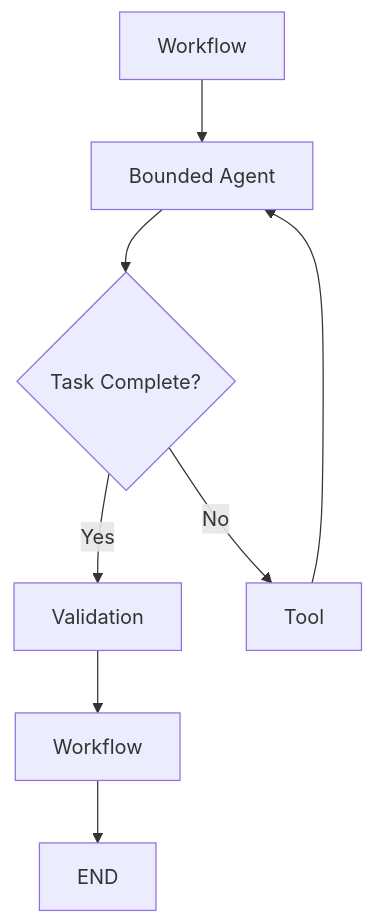
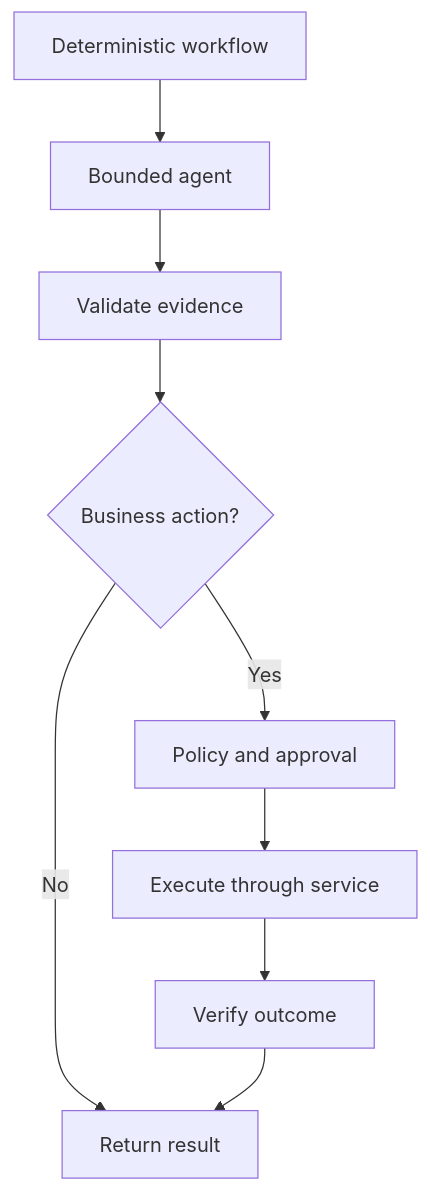
Before and after one commit to MihirKJha/enterprise-ai-engineering-handbook: the eighth of 8 diagrams in docs/08-ai-engineering-frameworks/langgraph/18-graph-based-agent-architecture.md, drawn with Mermaid. The commit also changed other lines of this file and 10 other files, not shown here.

````diff
--- a/docs/08-ai-engineering-frameworks/langgraph/18-graph-based-agent-architecture.md
+++ b/docs/08-ai-engineering-frameworks/langgraph/18-graph-based-agent-architecture.md
@@ -1848,17 +297,11 @@
 ```mermaid
 flowchart TD
-
-    A[Workflow] --> B[Bounded Agent]
-
-    B --> C{Task Complete?}
-
-    C -->|Yes| D[Validation]
-
-    C -->|No| E[Tool]
-
-    E --> B
-
-    D --> F[Workflow]
-
-    F --> G[END]
+    A[Deterministic workflow] --> B[Bounded agent]
+    B --> C[Validate evidence]
+    C --> D{Business action?}
+    D -->|No| E[Return result]
+    D -->|Yes| F[Policy and approval]
+    F --> G[Execute through service]
+    G --> H[Verify outcome]
+    H --> E
 ```
````
